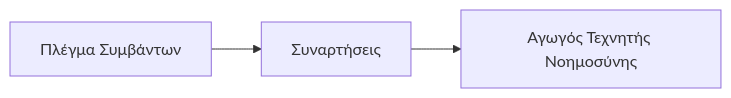
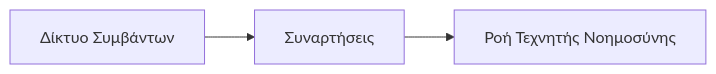
The second of 2 diagrams in translations/el/docs/chapter-08-production/README.md (microsoft/AZD-for-beginners), drawn with Mermaid before and after one commit. The commit also changed other lines of this file and 101 other files, not shown here.

````diff
--- a/translations/el/docs/chapter-08-production/README.md
+++ b/translations/el/docs/chapter-08-production/README.md
@@ -54,4 +56,4 @@
 ```mermaid
 graph LR
-    EventGrid[Πλέγμα Συμβάντων] --> Functions[Συναρτήσεις] --> Pipeline[Αγωγός Τεχνητής Νοημοσύνης]
+    EventGrid[Δίκτυο Συμβάντων] --> Functions[Συναρτήσεις] --> Pipeline[Ροή Τεχνητής Νοημοσύνης]
 ```
````
